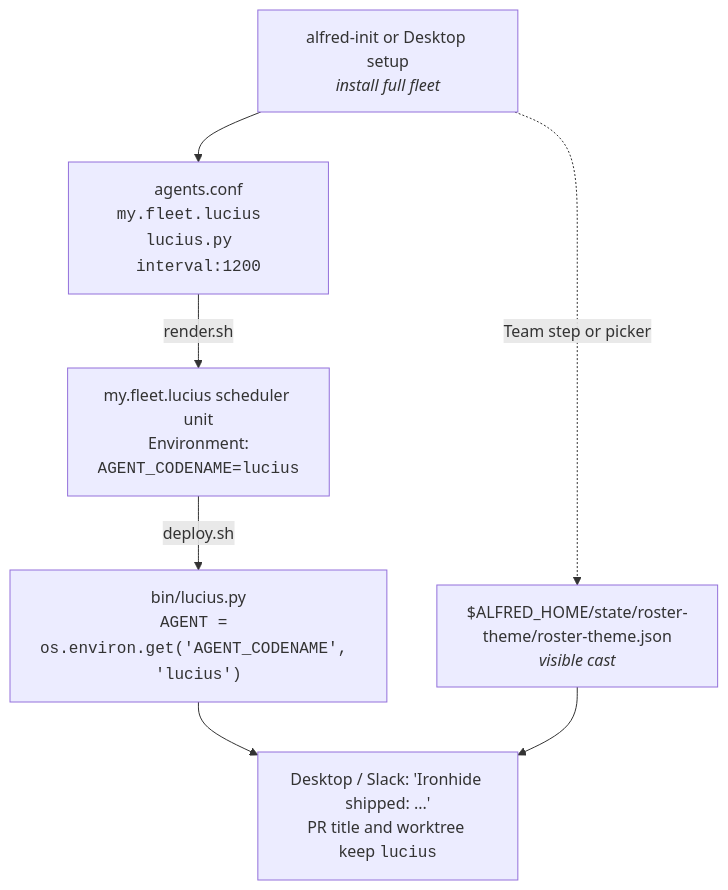
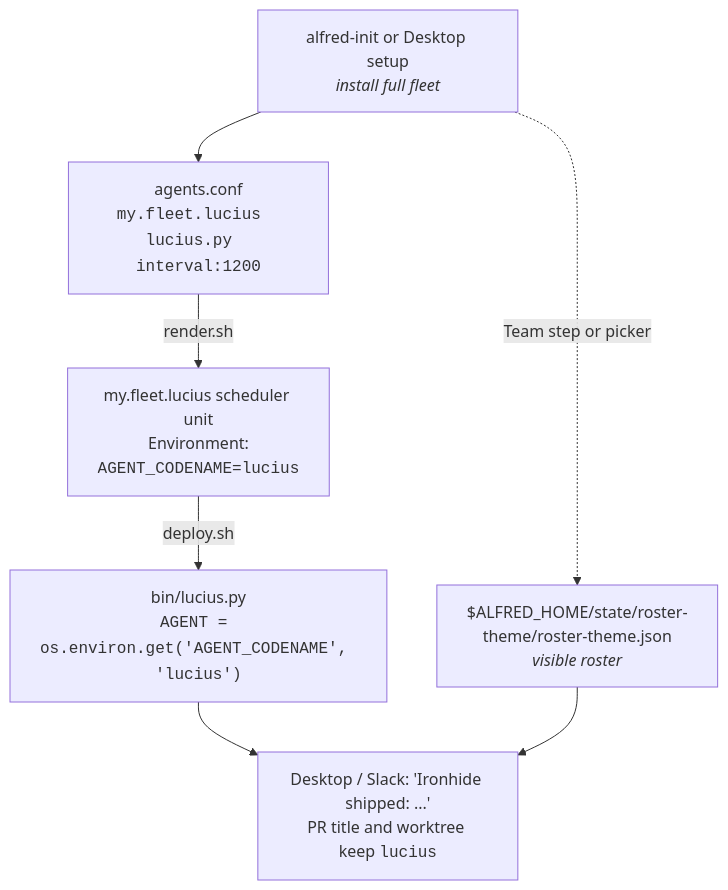
The diagram in site/src/content/docs/concepts/codename-pattern.md (luminik-io/alfred-os), drawn with Mermaid before and after one commit. The commit also changed other lines of this file and 24 other files, not shown here.

First line of the commit message:
Chore: rename setup cast wording to roster (#361)

````diff
--- a/site/src/content/docs/concepts/codename-pattern.md
+++ b/site/src/content/docs/concepts/codename-pattern.md
@@ -90,16 +90,16 @@
 ```mermaid
 flowchart TB
     init["alfred-init or Desktop setup<br/><i>install full fleet</i>"]
     conf["agents.conf<br/><code>my.fleet.lucius  lucius.py  interval:1200</code>"]
     unit["my.fleet.lucius scheduler unit<br/>Environment:<br/><code>AGENT_CODENAME=lucius</code>"]
     runner["bin/lucius.py<br/><code>AGENT = os.environ.get('AGENT_CODENAME', 'lucius')</code>"]
-    theme["$ALFRED_HOME/state/roster-theme/roster-theme.json<br/><i>visible cast</i>"]
+    theme["$ALFRED_HOME/state/roster-theme/roster-theme.json<br/><i>visible roster</i>"]
     output["Desktop / Slack: 'Ironhide shipped: ...'<br/>PR title and worktree keep <code>lucius</code>"]
 
     init --> conf
     conf -- "render.sh" --> unit
     unit -- "deploy.sh" --> runner
     init -. "Team step or picker" .-> theme
     runner --> output
     theme --> output
 ```
````
